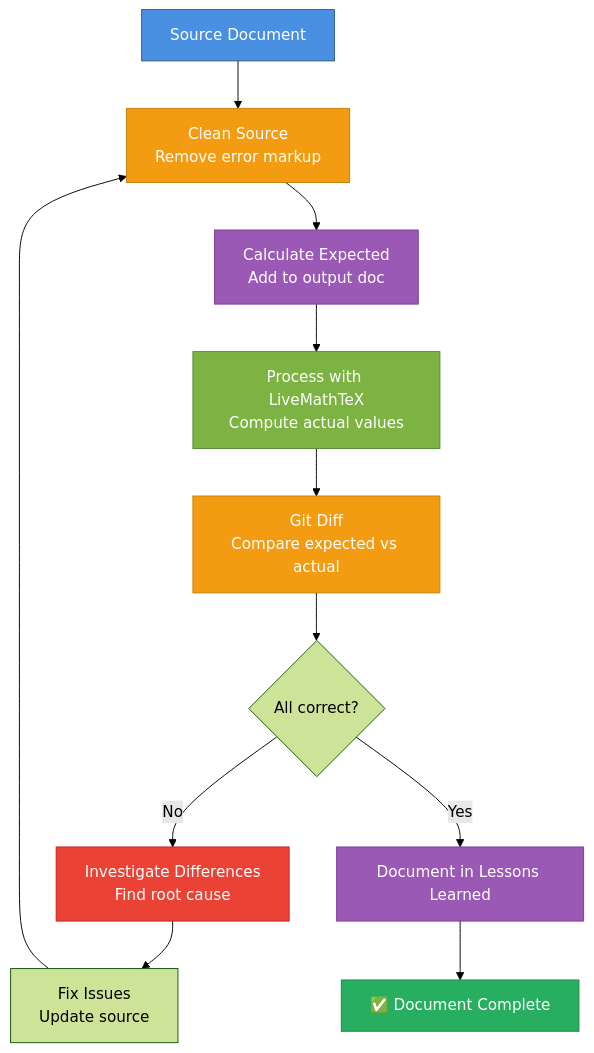
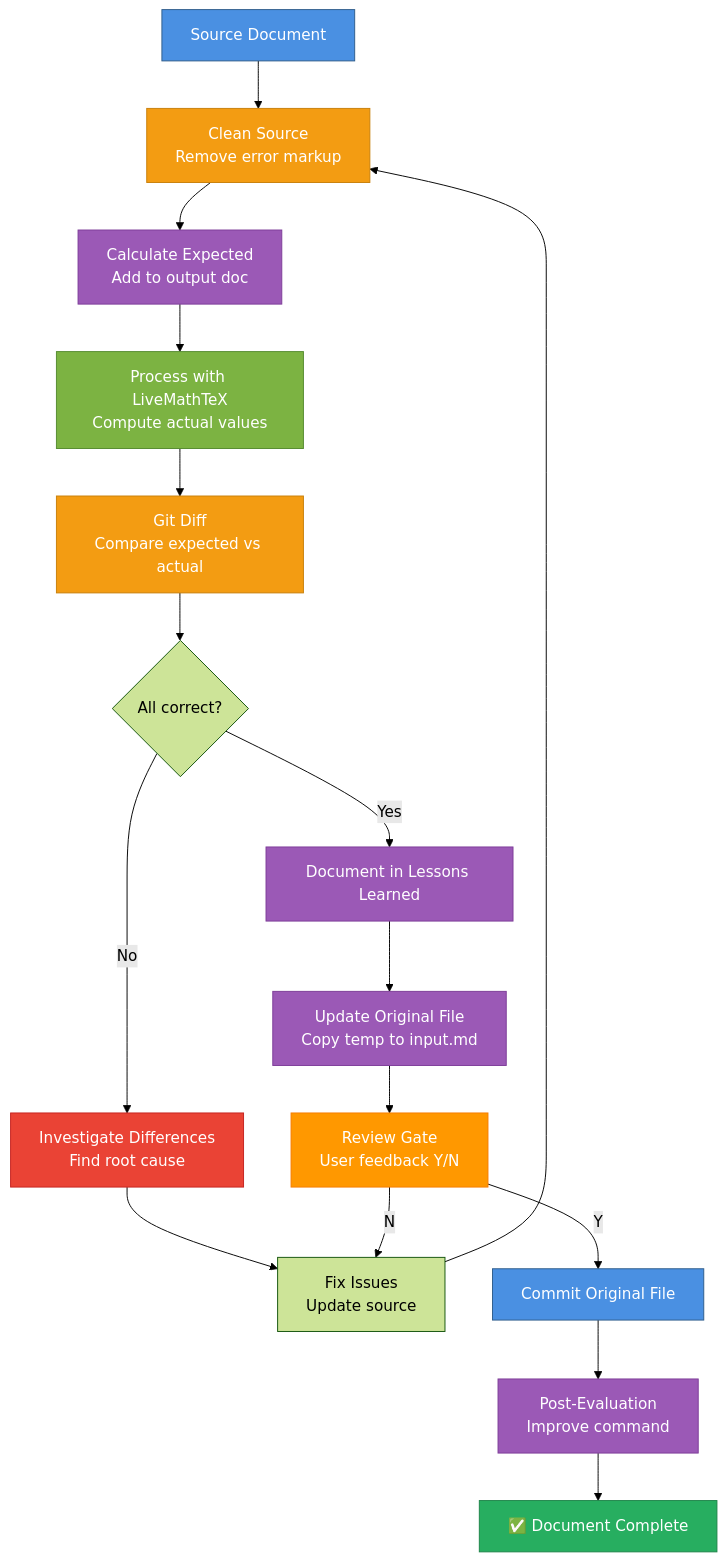
One commit to MarkMichiels/livemathtex changed the diagram in .cursor/commands/build-calculations.md. Above: the diagram before and after it, drawn with Mermaid (forest theme). The commit also changed other lines of this file and 2 other files, not shown here.

First line of the commit message:
feat(commands): add review gates to calculation workflow

````diff
--- a/.cursor/commands/build-calculations.md
+++ b/.cursor/commands/build-calculations.md
@@ -66,22 +72,31 @@
 ```mermaid
 graph TB
     INPUT[Source Document] --> CLEAN[Clean Source<br/>Remove error markup]
     CLEAN --> EXPECT[Calculate Expected<br/>Add to output doc]
     EXPECT --> PROCESS[Process with LiveMathTeX<br/>Compute actual values]
     PROCESS --> DIFF[Git Diff<br/>Compare expected vs actual]
     DIFF --> CHECK{All correct?}
     CHECK -->|No| INVESTIGATE[Investigate Differences<br/>Find root cause]
     INVESTIGATE --> FIX[Fix Issues<br/>Update source]
     FIX --> CLEAN
     CHECK -->|Yes| LEARN[Document in Lessons Learned]
-    LEARN --> DONE[✅ Document Complete]
+    LEARN --> UPDATE[Update Original File<br/>Copy temp to input.md]
+    UPDATE --> REVIEW[Review Gate<br/>User feedback Y/N]
+    REVIEW -->|N| FIX
+    REVIEW -->|Y| COMMIT[Commit Original File]
+    COMMIT --> POST[Post-Evaluation<br/>Improve command]
+    POST --> DONE[✅ Document Complete]
 
     style INPUT fill:#4a90e2,stroke:#2e5c8a,color:#fff
     style CLEAN fill:#f39c12,stroke:#c87f0a,color:#fff
     style EXPECT fill:#9b59b6,stroke:#7d3c98,color:#fff
     style PROCESS fill:#7cb342,stroke:#558b2f,color:#fff
     style DIFF fill:#f39c12,stroke:#c87f0a,color:#fff
     style INVESTIGATE fill:#ea4335,stroke:#c5221f,color:#fff
     style LEARN fill:#9b59b6,stroke:#7d3c98,color:#fff
+    style UPDATE fill:#9b59b6,stroke:#7d3c98,color:#fff
+    style REVIEW fill:#ff9800,stroke:#f57c00,color:#fff
+    style COMMIT fill:#4a90e2,stroke:#2e5c8a,color:#fff
+    style POST fill:#9b59b6,stroke:#7d3c98,color:#fff
     style DONE fill:#27ae60,stroke:#1e8449,color:#fff
 ```
````
